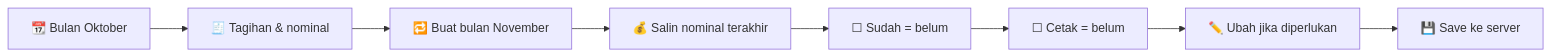
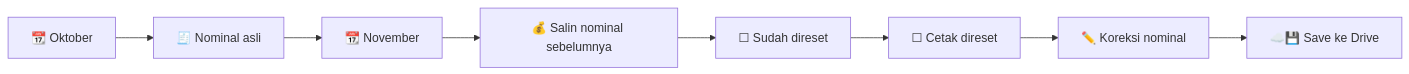
Before and after one commit to adith92/TagihanBulanan: the first of 2 diagrams in README.md, drawn with Mermaid. The commit also changed other lines of this file and 9 other files, not shown here.

````diff
--- a/README.md
+++ b/README.md
@@ -64,10 +61,10 @@
 ```mermaid
 flowchart LR
-  A[📆 Bulan Oktober] --> B[🧾 Tagihan & nominal]
-  B --> C[🔁 Buat bulan November]
-  C --> D[💰 Salin nominal terakhir]
-  D --> E[☐ Sudah = belum]
-  E --> F[☐ Cetak = belum]
-  F --> G[✏️ Ubah jika diperlukan]
-  G --> H[💾 Save ke server]
+  A[📆 Oktober] --> B[🧾 Nominal asli]
+  B --> C[📆 November]
+  C --> D[💰 Salin nominal sebelumnya]
+  D --> E[☐ Sudah direset]
+  E --> F[☐ Cetak direset]
+  F --> G[✏️ Koreksi nominal]
+  G --> H[☁️💾 Save ke Drive]
 ```
````
